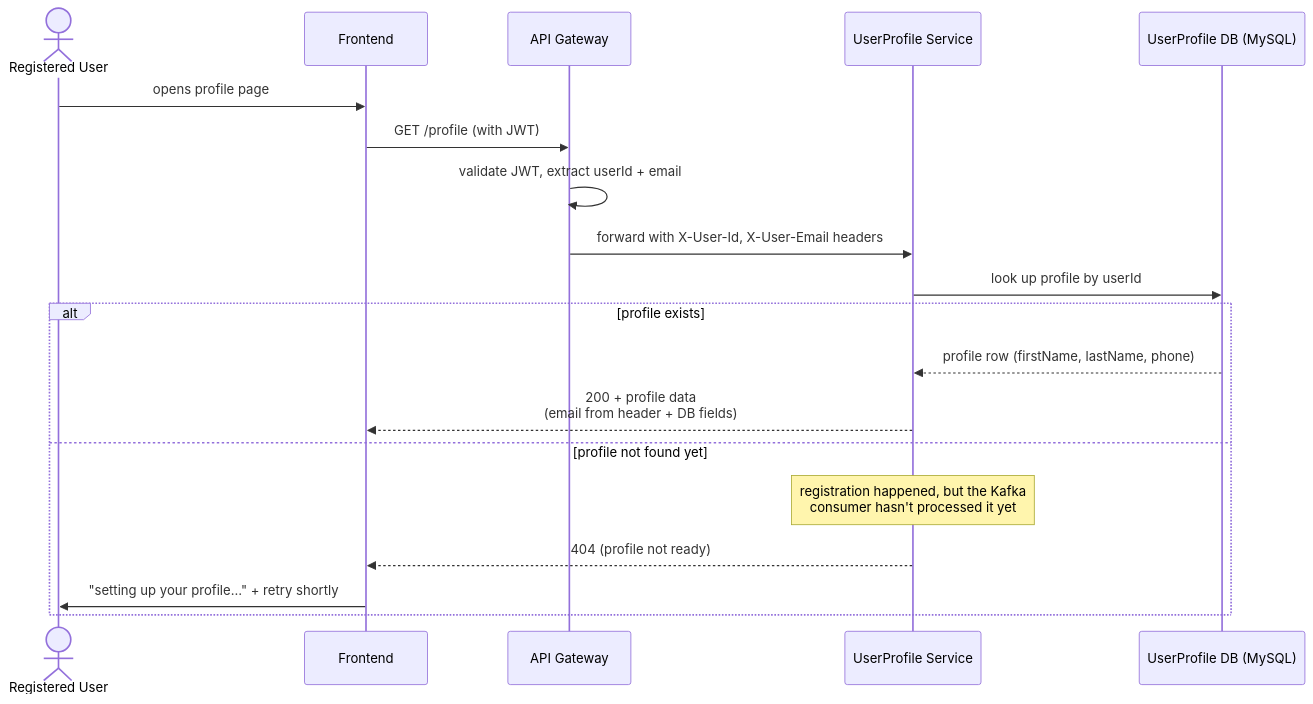
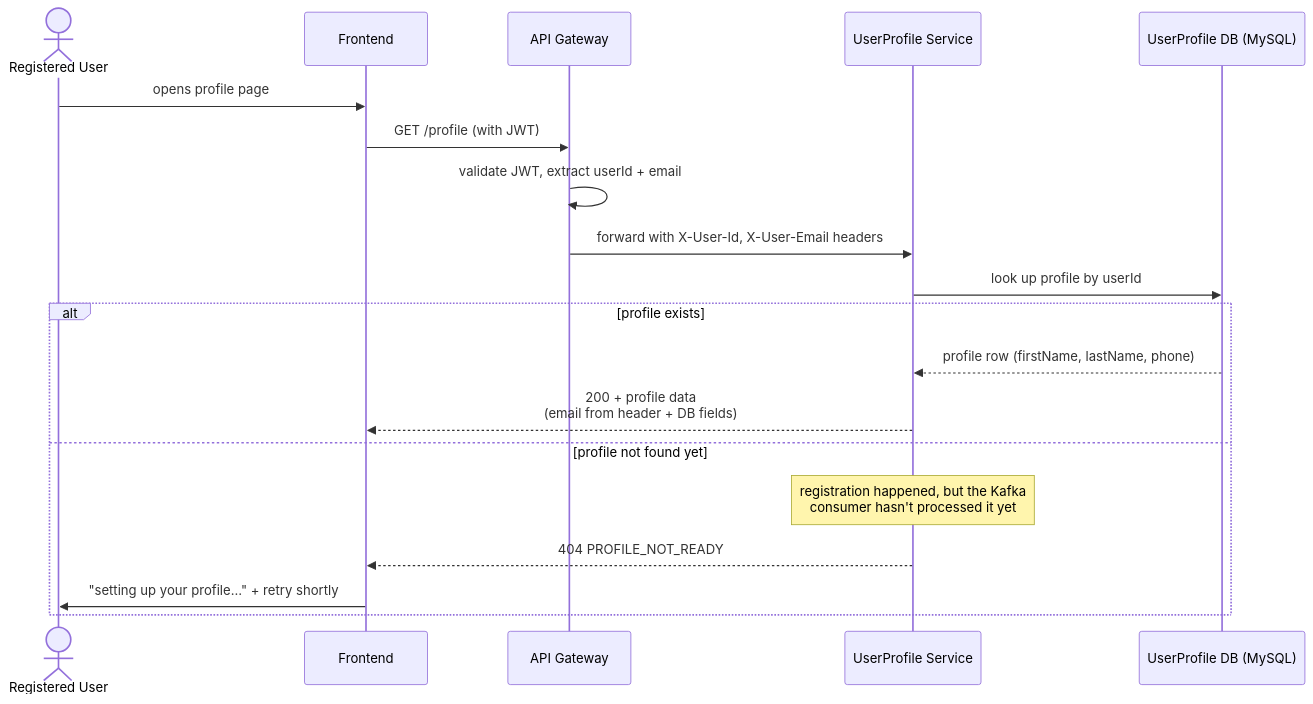
Before and after one commit to mathaisjustin/cardiac-diagonistics: the second of 3 diagrams in docs/01-services/user-profile-service/flows.md, drawn with Mermaid. The commit also changed other lines of this file and 3 other files, not shown here.

First line of the commit message:
Go deep on UserProfile: full schemas, error matrix, matched field limits

````diff
--- a/docs/01-services/user-profile-service/flows.md
+++ b/docs/01-services/user-profile-service/flows.md
@@ -22,23 +22,23 @@
 ```mermaid
 sequenceDiagram
     actor U as Registered User
     participant FE as Frontend
     participant GW as API Gateway
     participant UP as UserProfile Service
     participant DB as UserProfile DB (MySQL)
 
     U->>FE: opens profile page
     FE->>GW: GET /profile (with JWT)
     GW->>GW: validate JWT, extract userId + email
     GW->>UP: forward with X-User-Id, X-User-Email headers
     UP->>DB: look up profile by userId
 
     alt profile exists
         DB-->>UP: profile row (firstName, lastName, phone)
         UP-->>FE: 200 + profile data<br/>(email from header + DB fields)
     else profile not found yet
         Note over UP: registration happened, but the Kafka<br/>consumer hasn't processed it yet
-        UP-->>FE: 404 (profile not ready)
+        UP-->>FE: 404 PROFILE_NOT_READY
         FE->>U: "setting up your profile…" + retry shortly
     end
 ```
````
